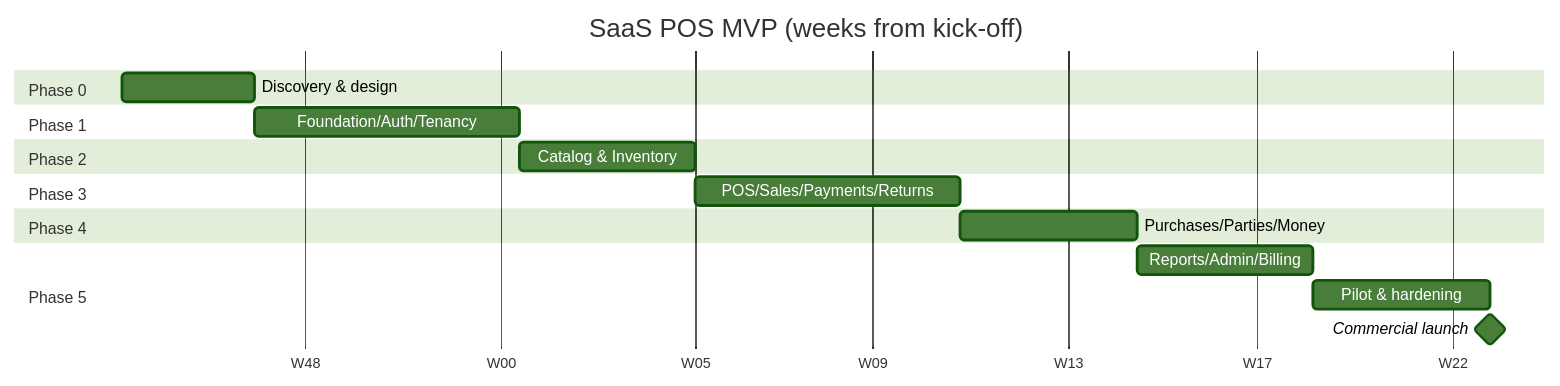
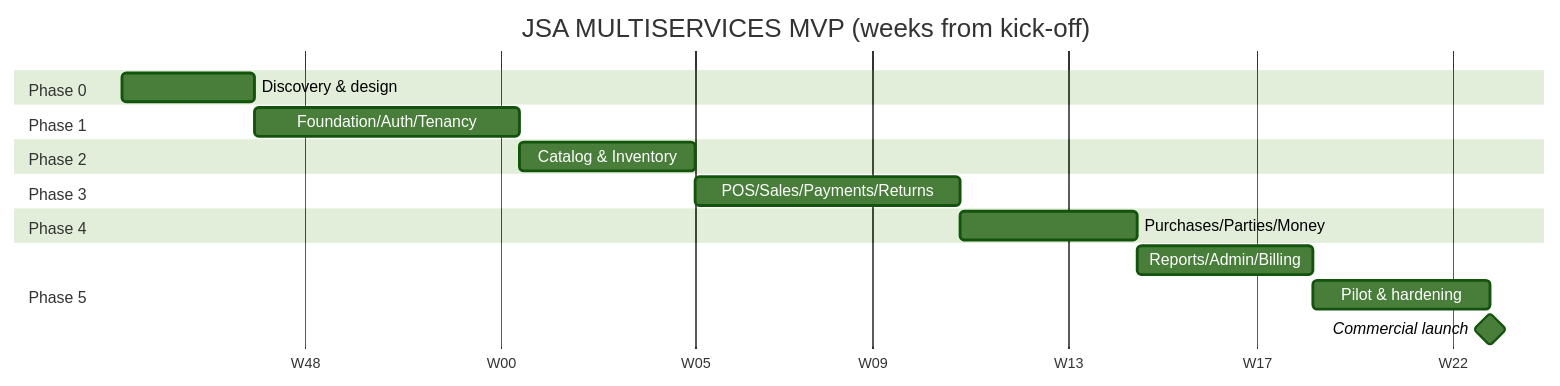
One commit to shohagdu/pos changed the first of 2 diagrams in Final_docs/02_Development_Roadmap.md. Above: the diagram before and after it, drawn with Mermaid (forest theme). The commit also changed other lines of this file and 21 other files, not shown here.

````diff
--- a/Final_docs/02_Development_Roadmap.md
+++ b/Final_docs/02_Development_Roadmap.md
@@ -69,20 +69,20 @@
 ```mermaid
 gantt
-    title SaaS POS MVP (weeks from kick-off)
+    title JSA MULTISERVICES MVP (weeks from kick-off)
     dateFormat  YYYY-MM-DD
     axisFormat  W%W
     section Phase 0
     Discovery & design           :p0, 2026-11-02, 3w
     section Phase 1
     Foundation/Auth/Tenancy      :p1, after p0, 6w
     section Phase 2
     Catalog & Inventory          :p2, after p1, 4w
     section Phase 3
     POS/Sales/Payments/Returns   :p3, after p2, 6w
     section Phase 4
     Purchases/Parties/Money      :p4, after p3, 4w
     section Phase 5
     Reports/Admin/Billing        :p5a, after p4, 4w
     Pilot & hardening            :p5b, after p5a, 4w
     Commercial launch            :milestone, after p5b, 0d
 ```
````
